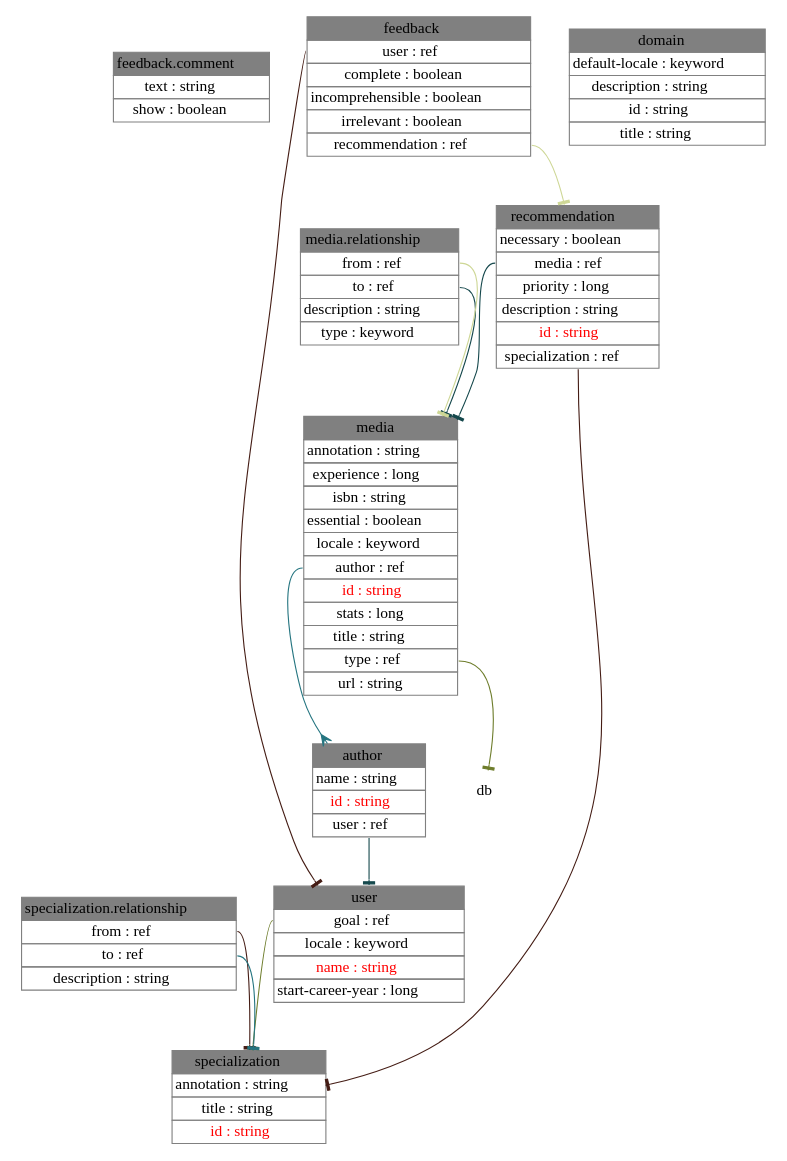
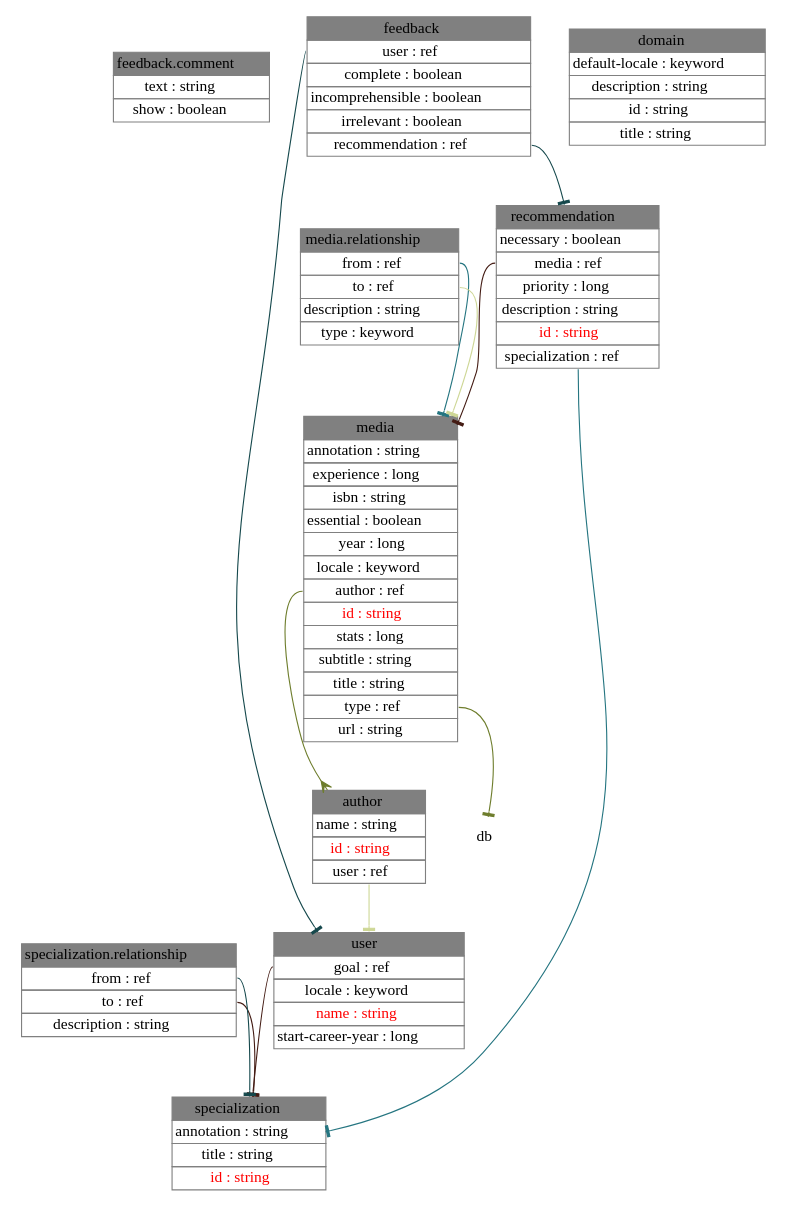
One commit to alexpetrov/kmg changed the diagram in kmg-schema.dot. Above: the diagram before and after it, drawn with Graphviz. The commit also changed 2 other files, not shown here.

Commit message:
Refreshed kmg-schema and moved show-schema to datomic_helpers namespace

```diff
--- a/kmg-schema.dot
+++ b/kmg-schema.dot
@@ -1,25 +1,25 @@
 digraph {
 node [shape=plaintext];
 "feedback.comment" [label=<<table border="0" cellborder="1" cellspacing="0" color="#808080" port="feedback.comment"><tr><td bgcolor="gray">feedback.comment</td></tr><tr><td>text : string</td></tr><tr><td>show : boolean</td></tr></table>>];
-media [label=<<table border="0" cellborder="1" cellspacing="0" color="#808080" port="media"><tr><td bgcolor="gray">media</td></tr><tr><td>annotation : string</td></tr><tr><td>experience : long</td></tr><tr><td>isbn : string</td></tr><tr><td>essential : boolean</td></tr><tr><td>locale : keyword</td></tr><tr><td port="author">author : ref</td></tr><tr><td><font color="red">id : string</font></td></tr><tr><td>stats : long</td></tr><tr><td>title : string</td></tr><tr><td port="type">type : ref</td></tr><tr><td>url : string</td></tr></table>>];
+media [label=<<table border="0" cellborder="1" cellspacing="0" color="#808080" port="media"><tr><td bgcolor="gray">media</td></tr><tr><td>annotation : string</td></tr><tr><td>experience : long</td></tr><tr><td>isbn : string</td></tr><tr><td>essential : boolean</td></tr><tr><td>year : long</td></tr><tr><td>locale : keyword</td></tr><tr><td port="author">author : ref</td></tr><tr><td><font color="red">id : string</font></td></tr><tr><td>stats : long</td></tr><tr><td>subtitle : string</td></tr><tr><td>title : string</td></tr><tr><td port="type">type : ref</td></tr><tr><td>url : string</td></tr></table>>];
 specialization [label=<<table border="0" cellborder="1" cellspacing="0" color="#808080" port="specialization"><tr><td bgcolor="gray">specialization</td></tr><tr><td>annotation : string</td></tr><tr><td>title : string</td></tr><tr><td><font color="red">id : string</font></td></tr></table>>];
 author [label=<<table border="0" cellborder="1" cellspacing="0" color="#808080" port="author"><tr><td bgcolor="gray">author</td></tr><tr><td>name : string</td></tr><tr><td><font color="red">id : string</font></td></tr><tr><td port="user">user : ref</td></tr></table>>];
 user [label=<<table border="0" cellborder="1" cellspacing="0" color="#808080" port="user"><tr><td bgcolor="gray">user</td></tr><tr><td port="goal">goal : ref</td></tr><tr><td>locale : keyword</td></tr><tr><td><font color="red">name : string</font></td></tr><tr><td>start-career-year : long</td></tr></table>>];
 "specialization.relationship" [label=<<table border="0" cellborder="1" cellspacing="0" color="#808080" port="specialization.relationship"><tr><td bgcolor="gray">specialization.relationship</td></tr><tr><td port="from">from : ref</td></tr><tr><td port="to">to : ref</td></tr><tr><td>description : string</td></tr></table>>];
 feedback [label=<<table border="0" cellborder="1" cellspacing="0" color="#808080" port="feedback"><tr><td bgcolor="gray">feedback</td></tr><tr><td port="user">user : ref</td></tr><tr><td>complete : boolean</td></tr><tr><td>incomprehensible : boolean</td></tr><tr><td>irrelevant : boolean</td></tr><tr><td port="recommendation">recommendation : ref</td></tr></table>>];
 recommendation [label=<<table border="0" cellborder="1" cellspacing="0" color="#808080" port="recommendation"><tr><td bgcolor="gray">recommendation</td></tr><tr><td>necessary : boolean</td></tr><tr><td port="media">media : ref</td></tr><tr><td>priority : long</td></tr><tr><td>description : string</td></tr><tr><td><font color="red">id : string</font></td></tr><tr><td port="specialization">specialization : ref</td></tr></table>>];
 domain [label=<<table border="0" cellborder="1" cellspacing="0" color="#808080" port="domain"><tr><td bgcolor="gray">domain</td></tr><tr><td>default-locale : keyword</td></tr><tr><td>description : string</td></tr><tr><td>id : string</td></tr><tr><td>title : string</td></tr></table>>];
 "media.relationship" [label=<<table border="0" cellborder="1" cellspacing="0" color="#808080" port="media.relationship"><tr><td bgcolor="gray">media.relationship</td></tr><tr><td port="from">from : ref</td></tr><tr><td port="to">to : ref</td></tr><tr><td>description : string</td></tr><tr><td>type : keyword</td></tr></table>>];
-feedback:user -> user:user [color="#441C14",arrowhead=tee];
-"media.relationship":to -> media:media [color="#15484C",arrowhead=tee];
-media:author -> author:author [color="#257580",arrowhead=crow];
-user:goal -> specialization:specialization [color="#6E7D2C",arrowhead=tee];
-feedback:recommendation -> recommendation:recommendation [color="#CED796",arrowhead=tee];
-"specialization.relationship":from -> specialization:specialization [color="#441C14",arrowhead=tee];
-author:user -> user:user [color="#15484C",arrowhead=tee];
-"specialization.relationship":to -> specialization:specialization [color="#257580",arrowhead=tee];
+"specialization.relationship":to -> specialization:specialization [color="#441C14",arrowhead=tee];
+feedback:recommendation -> recommendation:recommendation [color="#15484C",arrowhead=tee];
+"media.relationship":from -> media:media [color="#257580",arrowhead=tee];
+media:author -> author:author [color="#6E7D2C",arrowhead=crow];
+"media.relationship":to -> media:media [color="#CED796",arrowhead=tee];
+user:goal -> specialization:specialization [color="#441C14",arrowhead=tee];
+"specialization.relationship":from -> specialization:specialization [color="#15484C",arrowhead=tee];
+recommendation:specialization -> specialization:specialization [color="#257580",arrowhead=tee];
 media:type -> db:db [color="#6E7D2C",arrowhead=tee];
-"media.relationship":from -> media:media [color="#CED796",arrowhead=tee];
-recommendation:specialization -> specialization:specialization [color="#441C14",arrowhead=tee];
-recommendation:media -> media:media [color="#15484C",arrowhead=tee];
+author:user -> user:user [color="#CED796",arrowhead=tee];
+recommendation:media -> media:media [color="#441C14",arrowhead=tee];
+feedback:user -> user:user [color="#15484C",arrowhead=tee];
 } 
```
